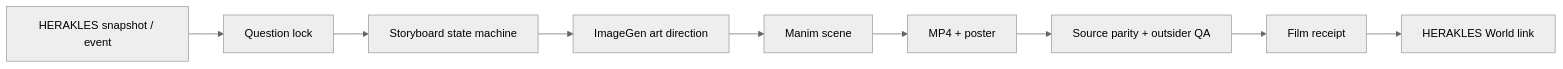
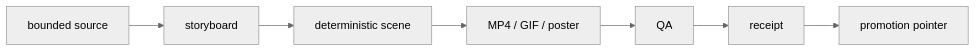
The diagram in README.md (yagizkaterli/herakles-film-factory), drawn with Mermaid (neutral theme) before and after one commit. The commit also changed other lines of this file and 1 other file, not shown here.

First line of the commit message:
docs: make the current film surface tell the truth

````diff
--- a/README.md
+++ b/README.md
@@ -80,11 +53,9 @@
 ```mermaid
 flowchart LR
-  A[HERAKLES snapshot / event] --> B[Question lock]
-  B --> C[Storyboard state machine]
-  C --> D[ImageGen art direction]
-  D --> E[Manim scene]
-  E --> F[MP4 + poster]
-  F --> G[Source parity + outsider QA]
-  G --> H[Film receipt]
-  H --> I[HERAKLES World link]
+  A[bounded source] --> B[storyboard]
+  B --> C[deterministic scene]
+  C --> D[MP4 / GIF / poster]
+  D --> E[QA]
+  E --> F[receipt]
+  F --> G[promotion pointer]
 ```
````
